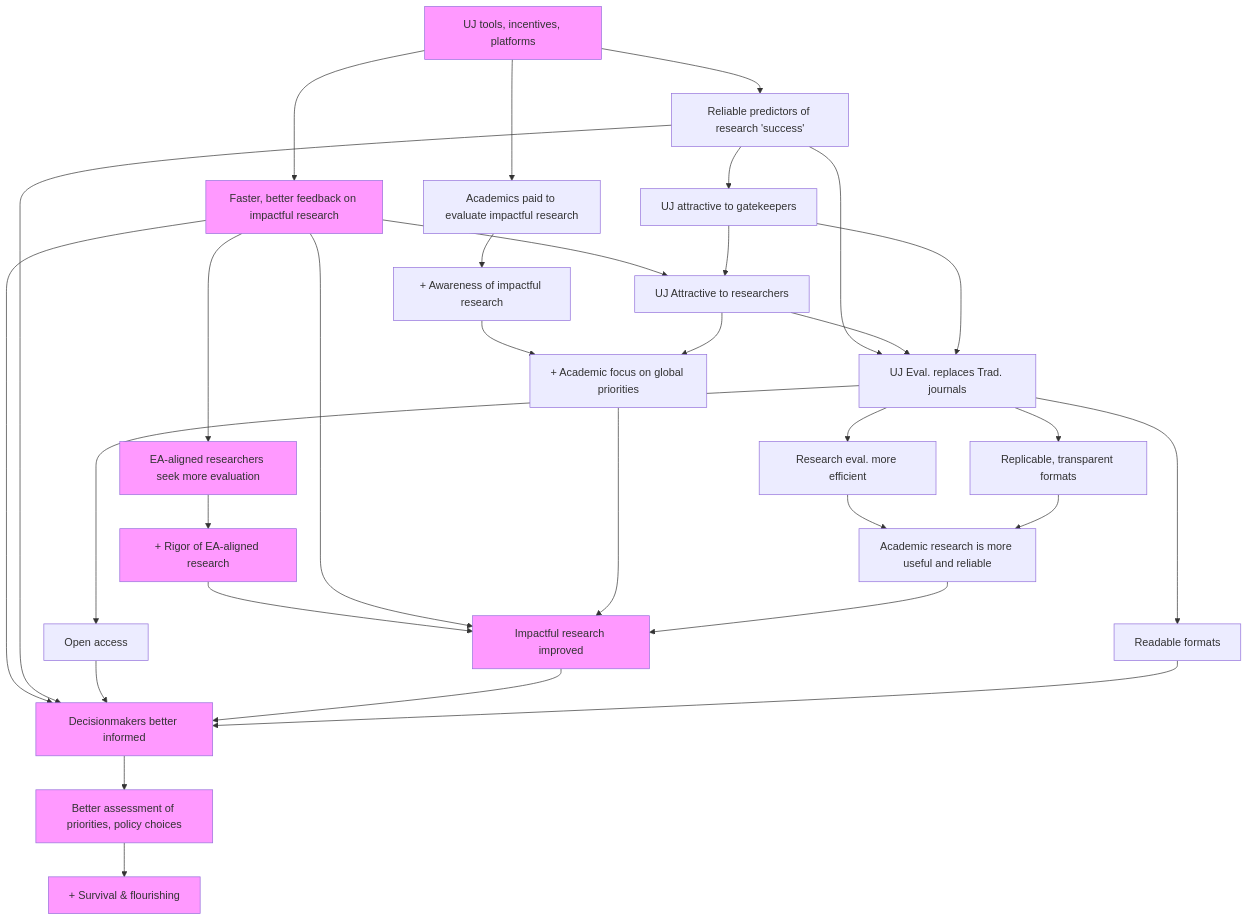
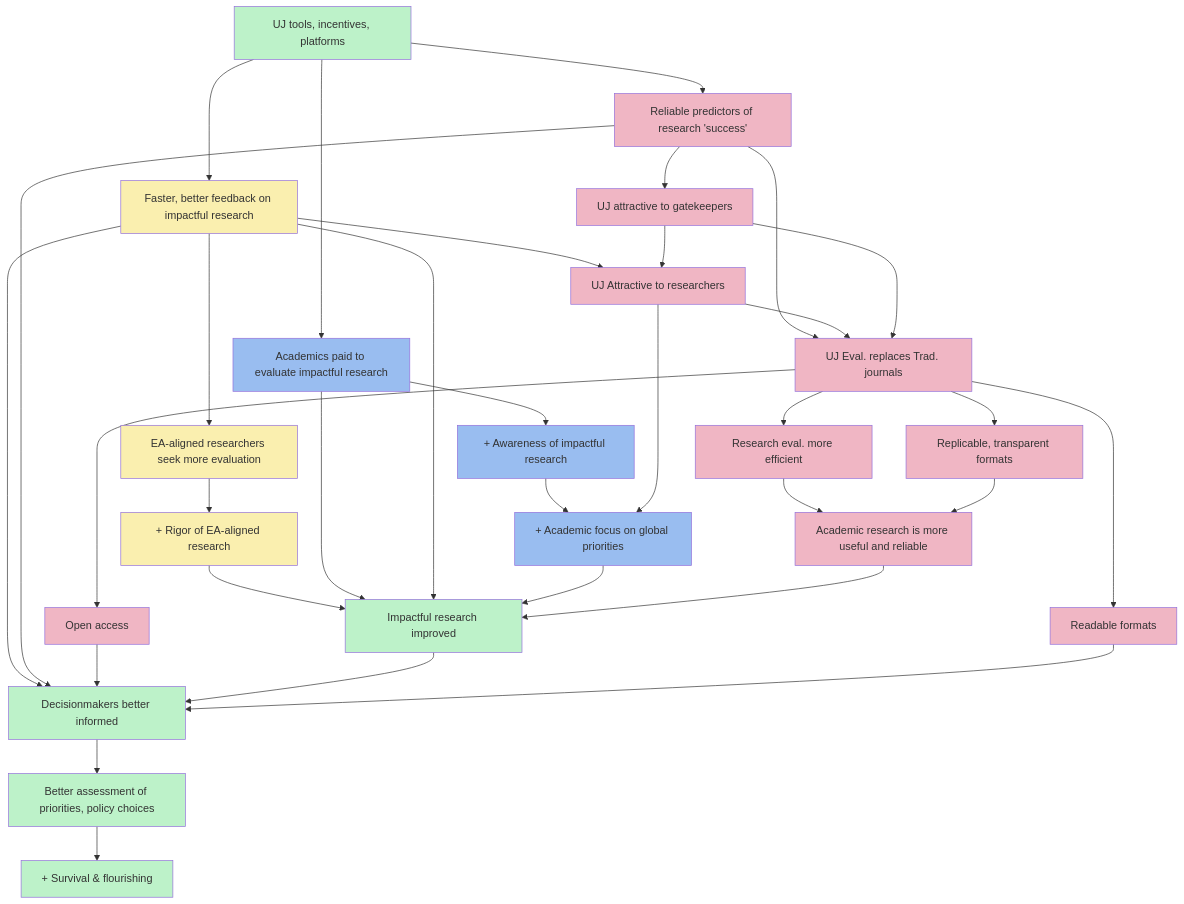
Before and after one commit to unjournal/unjournal_gitbook: the diagram in benefits-and-features/global-priorities-theory-of-change.md, drawn with Mermaid. The commit also changed other lines of this file, not shown here.

Commit message:
GitBook: [#426] add colors to flowchart

````diff
--- a/benefits-and-features/global-priorities-theory-of-change.md
+++ b/benefits-and-features/global-priorities-theory-of-change.md
@@ -5,24 +5,27 @@
 ```mermaid
 flowchart TD
-classDef Direct fill:#f9f
+classDef Direct fill:#faefaf
+classDef Integrate fill:#99bdf0
+classDef Multi fill:#bdf2c9
+classDef Systemic fill:#f0b6c4
 
-
-A0[UJ tools, incentives, platforms]:::Direct -->  A[Faster/better feedback on impactful research ]:::Direct 
-A[Faster/better feedback on impactful research ] --> EAR[EA-aligned researchers seek more evaluation]:::Direct --> EAR1[+ Rigor of EA-aligned research]:::Direct --> A1[Impactful research improved]:::Direct
-A0[UJ tools, incentives, platforms] --> I[Academics paid to evaluate impactful research] --> I2[+ Awareness of impactful research] --> D1[+ Academic focus on global priorities] 
- A[Faster/better feedback on impactful research ]  --> D[UJ Attractive to researchers]
- A[Faster/better feedback on impactful research ] --> A1[Impactful research improved] 
+A0[UJ tools, incentives, platforms]:::Multi -->  A[Faster/better feedback on impactful research ]:::Direct 
+A[Faster/better feedback on impactful research ] --> EAR[EA-aligned researchers seek more evaluation]:::Direct --> EAR1[+ Rigor of EA-aligned research]:::Direct --> A1[Impactful research improved]:::Multi 
+A0[UJ tools, incentives, platforms] --> I[Academics paid to evaluate impactful research]:::Integrate --> I2[+ Awareness of impactful research]:::Integrate --> D1[+ Academic focus on global priorities]:::Integrate 
+I[Academics paid to evaluate impactful research]:::Integrate  --> A1[Impactful research improved]:::Multi 
+A[Faster/better feedback on impactful research ]  --> D[UJ Attractive to researchers]
+ A[Faster/better feedback on impactful research ] --> A1[Impactful research improved]:::Multi 
     A[Faster, better feedback on impactful research ] --> A2[Decisionmakers better informed]
-A0[UJ tools, incentives, platforms] --> B[Reliable predictors of research 'success'] --> B2[Replaces traditional journals] 
+A0[UJ tools, incentives, platforms] --> B[Reliable predictors of research 'success']:::Systemic --> B2[Replaces traditional journals] 
 B[Reliable predictors of research 'success'] --> A2[Decisionmakers better informed]
 
-D[UJ Attractive to researchers] --> B2[UJ Eval. replaces Trad. journals] 
-B1[UJ attractive to gatekeepers] --> D[UJ Attractive to researchers]
- D[UJ Attractive to researchers] --> D1[+ Academic focus on global priorities] --> A1[Impactful research improved]
+D[UJ Attractive to researchers]:::Systemic --> B2[UJ Eval. replaces Trad. journals]:::Systemic 
+B1[UJ attractive to gatekeepers]:::Systemic --> D[UJ Attractive to researchers]
+ D[UJ Attractive to researchers] --> D1[+ Academic focus on global priorities] --> A1[Impactful research improved]:::Multi 
 B[Reliable predictors of research 'success'] --> B1[UJ attractive to gatekeepers] --> B2[UJ Eval. replaces Trad. journals] 
-B2[UJ Eval. replaces Trad. journals] --> B3[Research eval. more efficient] --> B35[Academic research is more useful and reliable] --> A1[Impactful research improved]
-B2[UJ Eval. replaces Trad. journals] --> B4[Open access] --> A2[Decisionmakers better informed]
-A1[Impactful research improved] --> A2[Decisionmakers better informed]:::Direct
-B2[UJ Eval. replaces Trad. journals] --> B5[Readable formats ] --> A2[Decisionmakers better informed] --> E1[Better assessment of priorities, policy choices]:::Direct --> O[+ Survival & flourishing]:::Direct
-B2[UJ Eval. replaces Trad. journals]--> B6[Replicable, transparent formats] --> B35[Academic research is more useful and reliable]
+B2[UJ Eval. replaces Trad. journals] --> B3[Research eval. more efficient]:::Systemic --> B35[Academic research is more useful and reliable] --> A1[Impactful research improved]:::Multi 
+B2[UJ Eval. replaces Trad. journals] --> B4[Open access]:::Systemic --> A2[Decisionmakers better informed]
+A1[Impactful research improved]:::Multi  --> A2[Decisionmakers better informed]:::Direct
+B2[UJ Eval. replaces Trad. journals] --> B5[Readable formats ]:::Systemic --> A2[Decisionmakers better informed]:::Multi --> E1[Better assessment of priorities, policy choices]:::Multi --> O[+ Survival & flourishing]:::Multi
+B2[UJ Eval. replaces Trad. journals]--> B6[Replicable, transparent formats]:::Systemic --> B35[Academic research is more useful and reliable]:::Systemic
 ```
````
